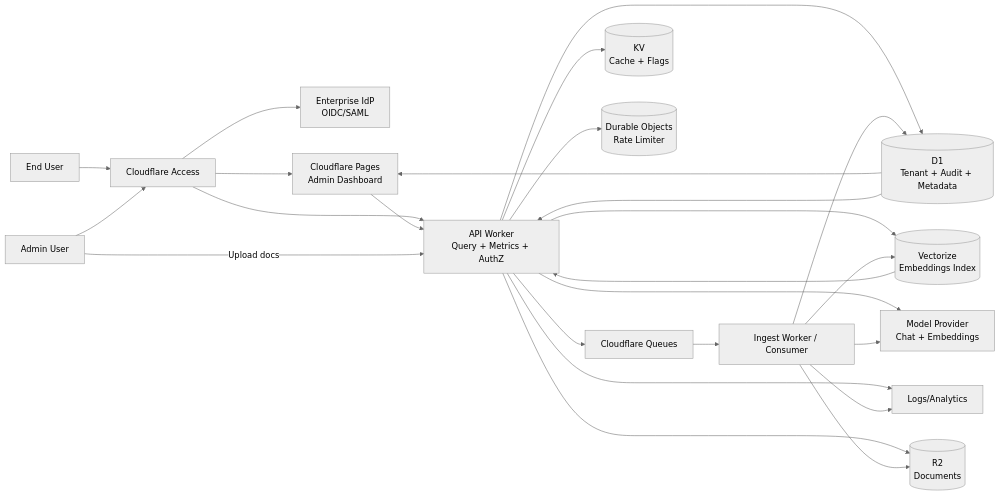
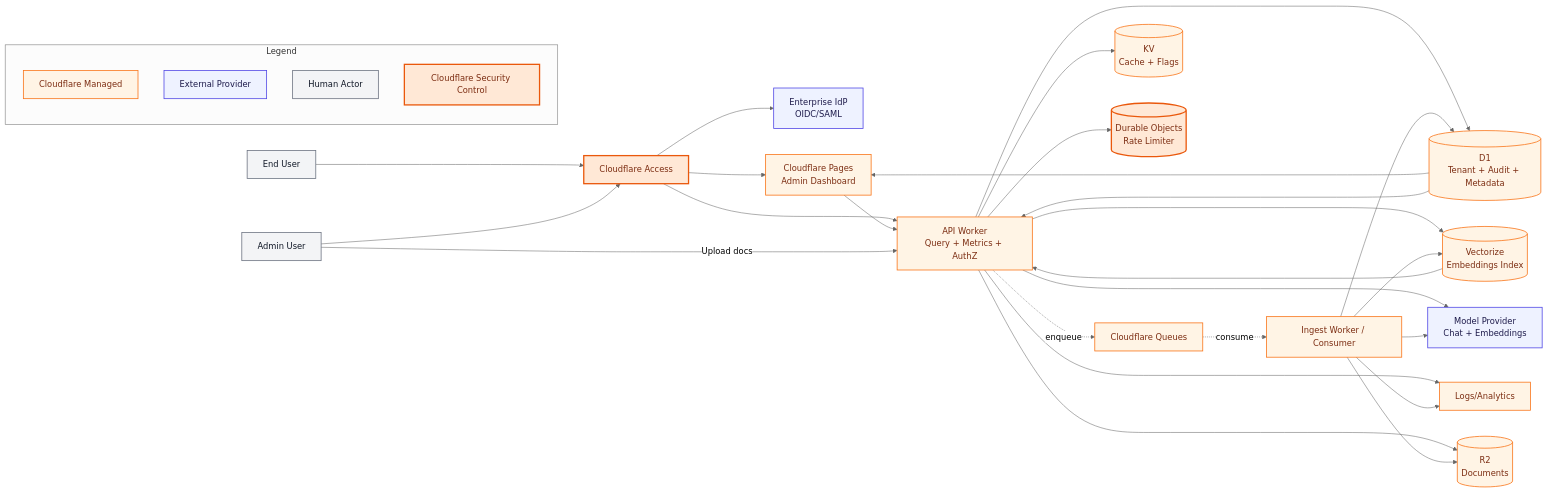
Before and after one commit to schradermade/compliance-assistant: the diagram in infra/diagrams/cloudflare-system.mmd, drawn with Mermaid (neutral theme). The commit also changed 2 other files, not shown here.

Commit message:
docs: improve architecture diagram visual model and legend

```diff
--- a/infra/diagrams/cloudflare-system.mmd
+++ b/infra/diagrams/cloudflare-system.mmd
@@ -1,45 +1,66 @@
 flowchart LR
   user[End User]
   admin[Admin User]
   idp[Enterprise IdP<br/>OIDC/SAML]
   access[Cloudflare Access]
   pages[Cloudflare Pages<br/>Admin Dashboard]
   api[API Worker<br/>Query + Metrics + AuthZ]
   queue[Cloudflare Queues]
   ingest[Ingest Worker / Consumer]
   r2[(R2<br/>Documents)]
   vec[(Vectorize<br/>Embeddings Index)]
   d1[(D1<br/>Tenant + Audit + Metadata)]
   kv[(KV<br/>Cache + Flags)]
   do[(Durable Objects<br/>Rate Limiter)]
   llm[Model Provider<br/>Chat + Embeddings]
   logs[Logs/Analytics]
 
   user --> access
   admin --> access
   access --> idp
   access --> pages
   access --> api
 
   pages --> api
 
   api --> do
   api --> kv
   api --> d1
   api --> vec
   api --> llm
   api --> logs
 
   admin -->|Upload docs| api
   api --> r2
-  api --> queue
-  queue --> ingest
+  api -. enqueue .-> queue
+  queue -. consume .-> ingest
   ingest --> r2
   ingest --> llm
   ingest --> vec
   ingest --> d1
   ingest --> logs
 
   vec --> api
   d1 --> pages
   d1 --> api
+
+  subgraph legend[Legend]
+    l1[Cloudflare Managed]
+    l2[External Provider]
+    l3[Human Actor]
+    l4[Cloudflare Security Control]
+  end
+
+  classDef cf fill:#FFF4E5,stroke:#F97316,stroke-width:1.5px,color:#7C2D12;
+  classDef cfSec fill:#FFE8D6,stroke:#EA580C,stroke-width:2.5px,color:#7C2D12;
+  classDef ext fill:#EEF2FF,stroke:#4F46E5,stroke-width:1.5px,color:#1E1B4B;
+  classDef human fill:#F3F4F6,stroke:#6B7280,stroke-width:1.5px,color:#111827;
+
+  class api,pages,ingest,queue,r2,vec,d1,kv,logs cf;
+  class access,do cfSec;
+  class idp,llm ext;
+  class user,admin human;
+  class l1 cf;
+  class l2 ext;
+  class l3 human;
+  class l4 cfSec;
```
